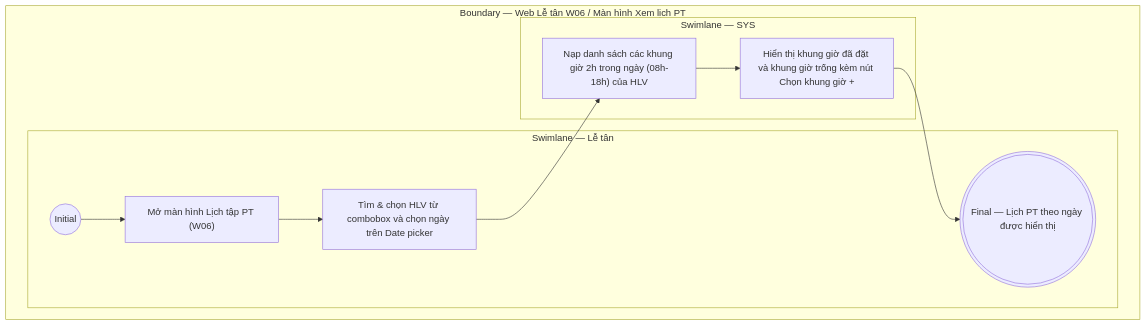
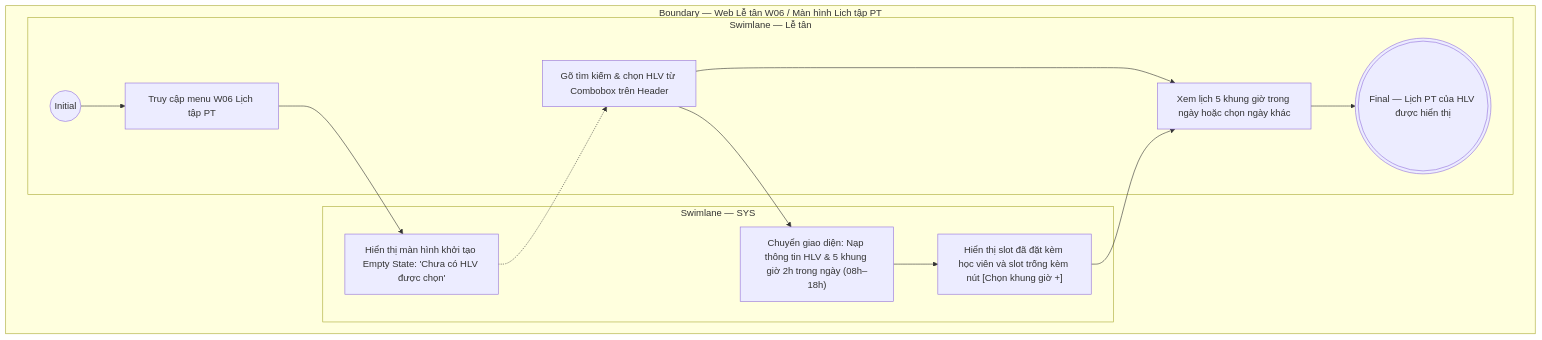
Before and after one commit to ThachY-23120411/Paradise-Gym-v2: the diagram in docs/user-stories/le-tan/LT-W06-Lịch tập & buổi PT/LT-W06-US01-Xem lịch PT.md, drawn with Mermaid. The commit also changed other lines of this file and 97 other files, not shown here.

````diff
--- a/docs/user-stories/le-tan/LT-W06-Lịch tập & buổi PT/LT-W06-US01-Xem lịch PT.md
+++ b/docs/user-stories/le-tan/LT-W06-Lịch tập & buổi PT/LT-W06-US01-Xem lịch PT.md
@@ -34,17 +57,22 @@
 ```mermaid
 flowchart TB
-  subgraph B["Boundary — Web Lễ tân W06 / Màn hình Xem lịch PT"]
+  subgraph B["Boundary — Web Lễ tân W06 / Màn hình Lịch tập PT"]
     subgraph L0["Swimlane — Lễ tân"]
       I01(("Initial"))
-      A01["Mở màn hình Lịch tập PT (W06)"]
-      A02["Tìm & chọn HLV từ combobox và chọn ngày trên Date picker"]
-      F01((("Final — Lịch PT theo ngày được hiển thị")))
-      I01 --> A01 --> A02
+      A01["Truy cập menu W06 Lịch tập PT"]
+      A02["Gõ tìm kiếm & chọn HLV từ Combobox trên Header"]
+      A03["Xem lịch 5 khung giờ trong ngày hoặc chọn ngày khác"]
+      F01((("Final — Lịch PT của HLV được hiển thị")))
+      I01 --> A01
+      A02 --> A03 --> F01
     end
     subgraph L1["Swimlane — SYS"]
-      S01["Nạp danh sách các khung giờ 2h trong ngày (08h-18h) của HLV"]
-      S02["Hiển thị khung giờ đã đặt và khung giờ trống kèm nút Chọn khung giờ +"]
-      A02 --> S01 --> S02 --> F01
+      S01["Hiển thị màn hình khởi tạo Empty State: 'Chưa có HLV được chọn'"]
+      S02["Chuyển giao diện: Nạp thông tin HLV & 5 khung giờ 2h trong ngày (08h–18h)"]
+      S03["Hiển thị slot đã đặt kèm học viên và slot trống kèm nút [Chọn khung giờ +]"]
+      A01 --> S01
+      S01 -.-> A02
+      A02 --> S02 --> S03 --> A03
     end
   end
 ```
````
